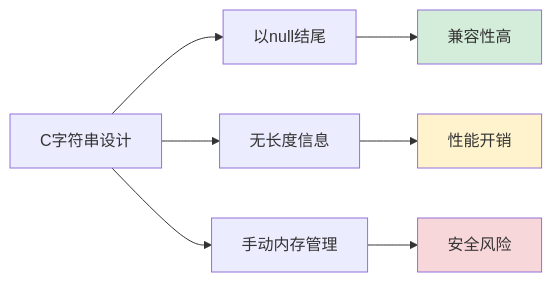
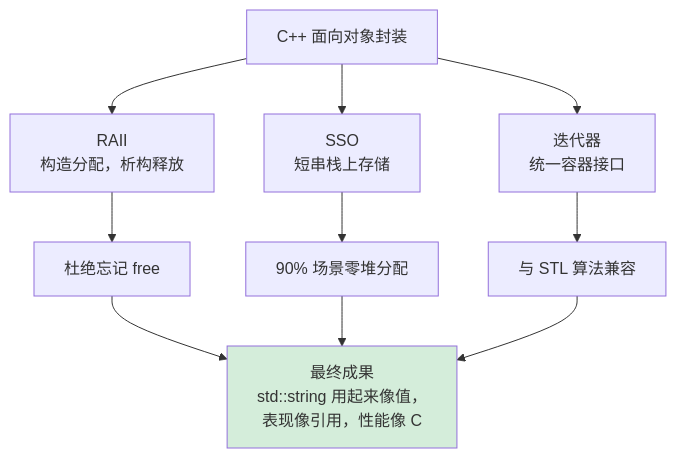
Before and after one commit to chongyang211/YCBookBlog: the sixth of 32 diagrams in 00.通用技术的提升/02.程序编程原理/01.字符串设计的灵魂.md, drawn with Mermaid. The commit also changed other lines of this file and 6 other files, not shown here.

````diff
--- a/00.通用技术的提升/02.程序编程原理/01.字符串设计的灵魂.md
+++ b/00.通用技术的提升/02.程序编程原理/01.字符串设计的灵魂.md
@@ -198,14 +360,14 @@
 ```mermaid
-graph LR
-    A[C字符串设计] --> B[以null结尾]
-    A --> C[无长度信息]
-    A --> D[手动内存管理]
-    
-    B --> E[兼容性高]
-    C --> F[性能开销]
-    D --> G[安全风险]
-    
+graph TB
+    A[C++ 面向对象封装] --> B[RAII<br/>构造分配，析构释放]
+    A --> C[SSO<br/>短串栈上存储]
+    A --> D[迭代器<br/>统一容器接口]
+
+    B --> B1[杜绝忘记 free]
+    C --> C1[90% 场景零堆分配]
+    D --> D1[与 STL 算法兼容]
+
+    B1 & C1 & D1 --> E[最终成果<br/>std::string 用起来像值，<br/>表现像引用，性能像 C]
+
     style E fill:#d4edda
-    style F fill:#fff3cd
-    style G fill:#f8d7da
 ```
````
